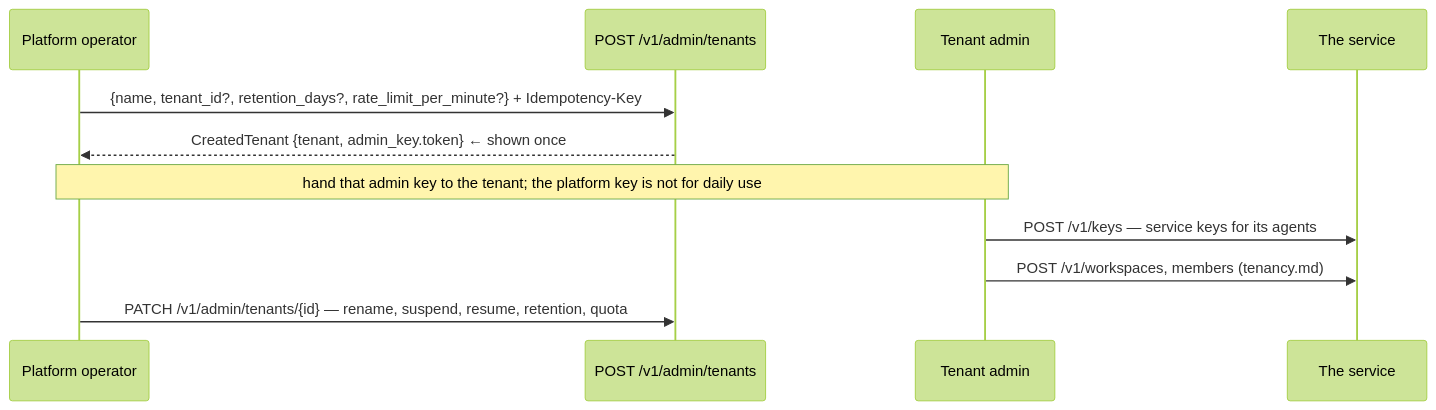
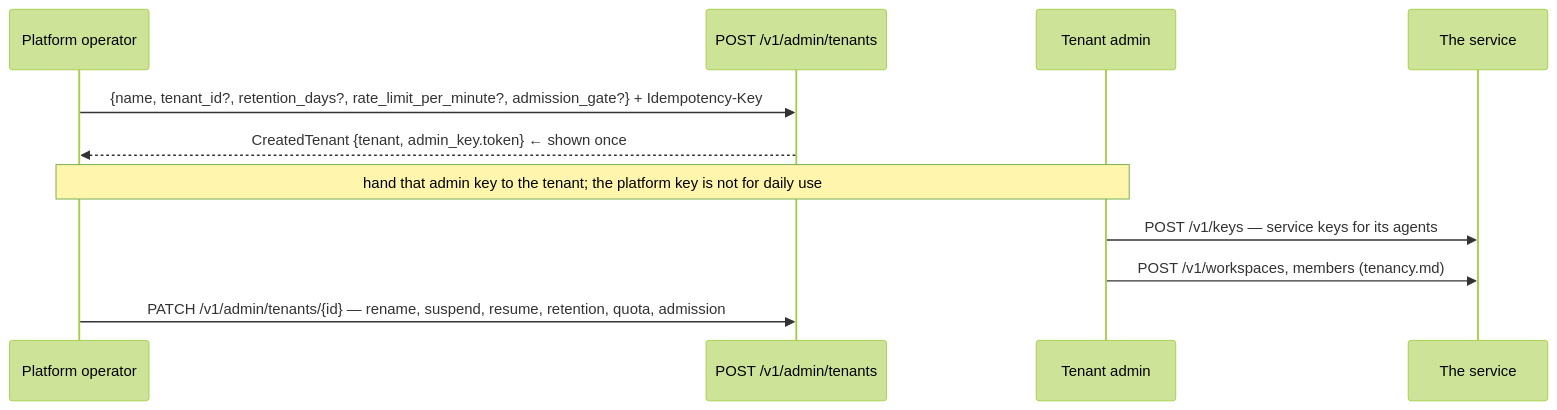
The diagram in docs/api/admin.md (amitmohapatra/agent-memory-service), drawn with Mermaid (forest theme) before and after one commit. The commit also changed other lines of this file and 199 other files, not shown here.

````diff
--- a/docs/api/admin.md
+++ b/docs/api/admin.md
@@ -9,13 +9,13 @@
 ```mermaid
 sequenceDiagram
   participant O as Platform operator
   participant A as POST /v1/admin/tenants
   participant T as Tenant admin
   participant S as The service
-  O->>A: {name, tenant_id?, retention_days?, rate_limit_per_minute?} + Idempotency-Key
+  O->>A: {name, tenant_id?, retention_days?, rate_limit_per_minute?, admission_gate?} + Idempotency-Key
   A-->>O: CreatedTenant {tenant, admin_key.token}  ← shown once
   Note over O,T: hand that admin key to the tenant#59; the platform key is not for daily use
   T->>S: POST /v1/keys — service keys for its agents
   T->>S: POST /v1/workspaces, members  (tenancy.md)
-  O->>A: PATCH /v1/admin/tenants/{id} — rename, suspend, resume, retention, quota
+  O->>A: PATCH /v1/admin/tenants/{id} — rename, suspend, resume, retention, quota, admission
 ```
````
